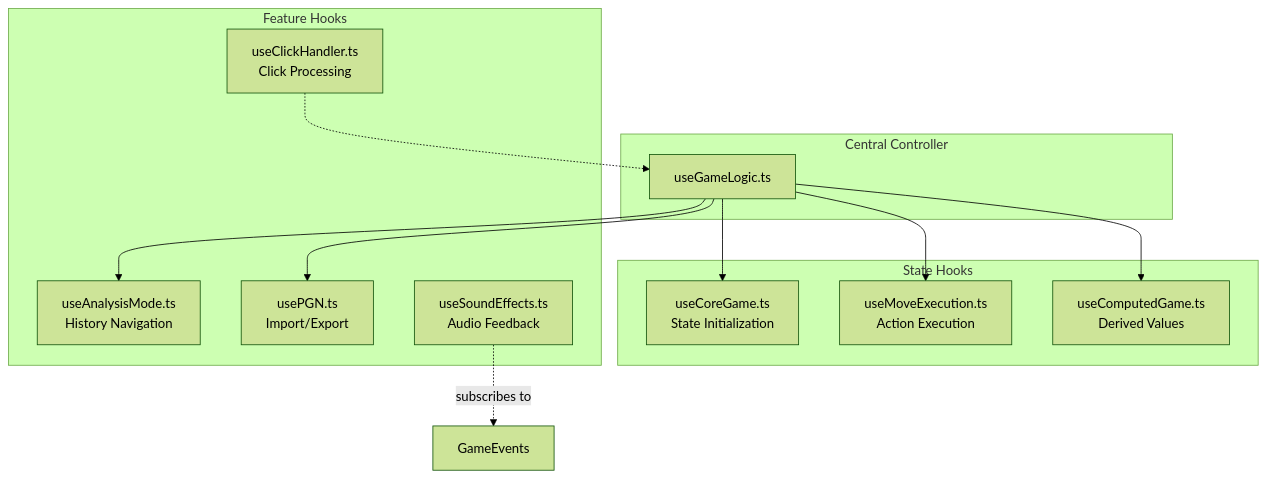
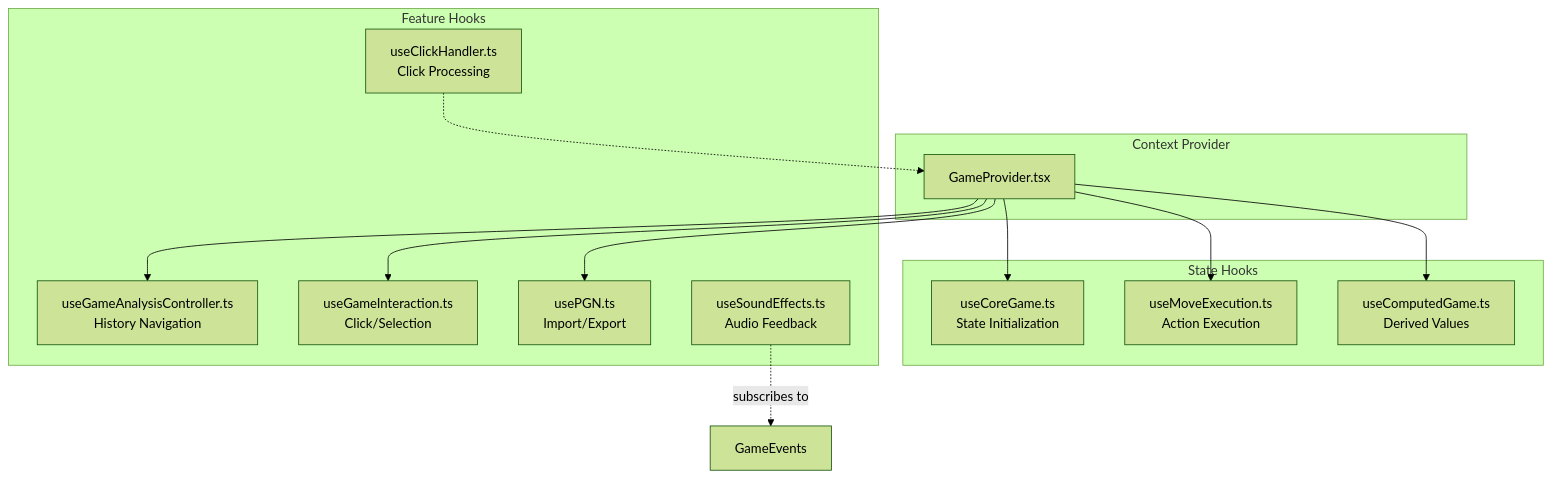
One commit to LiamLlamazares/Castles changed the second of 2 diagrams in info/ANALYSIS_ARCHITECTURE.md. Above: the diagram before and after it, drawn with Mermaid (forest theme). The commit also changed other lines of this file and 3 other files, not shown here.

````diff
--- a/info/ANALYSIS_ARCHITECTURE.md
+++ b/info/ANALYSIS_ARCHITECTURE.md
@@ -266,27 +266,29 @@
 ```mermaid
 graph TD
-    subgraph "Central Controller"
-        UGL[useGameLogic.ts]
+    subgraph "Context Provider"
+        GP[GameProvider.tsx]
     end
     
     subgraph "State Hooks"
         UCG[useCoreGame.ts<br/>State Initialization]
         UME[useMoveExecution.ts<br/>Action Execution]
         UCM[useComputedGame.ts<br/>Derived Values]
     end
     
     subgraph "Feature Hooks"
-        UAM[useAnalysisMode.ts<br/>History Navigation]
+        UGAC[useGameAnalysisController.ts<br/>History Navigation]
+        UGI[useGameInteraction.ts<br/>Click/Selection]
         UPG[usePGN.ts<br/>Import/Export]
         UCH[useClickHandler.ts<br/>Click Processing]
         USF[useSoundEffects.ts<br/>Audio Feedback]
     end
     
-    UGL --> UCG
-    UGL --> UME
-    UGL --> UCM
-    UGL --> UAM
-    UGL --> UPG
-    UCH -.-> UGL
+    GP --> UCG
+    GP --> UME
+    GP --> UCM
+    GP --> UGAC
+    GP --> UGI
+    GP --> UPG
+    UCH -.-> GP
     USF -.->|subscribes to| Events[GameEvents]
 ```
````
